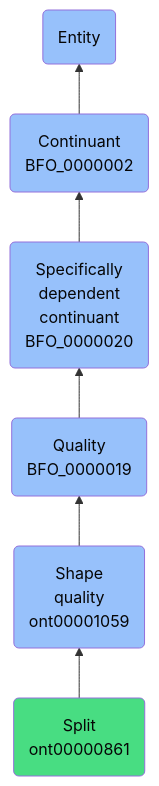
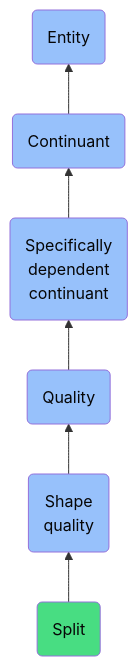
Before and after one commit to jupyter-naas/abi: the diagram in docs/ontology/reference/model/Entity/Continuant/Specifically dependent continuant/Quality/Shape quality/Split/Split.md, drawn with Mermaid. The commit also changed other lines of this file and 1430 other files, not shown here.

````diff
--- a/docs/ontology/reference/model/Entity/Continuant/Specifically dependent continuant/Quality/Shape quality/Split/Split.md
+++ b/docs/ontology/reference/model/Entity/Continuant/Specifically dependent continuant/Quality/Shape quality/Split/Split.md
@@ -24,13 +24,13 @@
 ```mermaid
 graph BT
-    ont00000861(Split<br>ont00000861):::ABI-->ont00001059
-    ont00001059(Shape<br>quality<br>ont00001059):::BFO-->BFO_0000019
-    BFO_0000019(Quality<br>BFO_0000019):::BFO-->BFO_0000020
-    BFO_0000020(Specifically<br>dependent<br>continuant<br>BFO_0000020):::BFO-->BFO_0000002
-    BFO_0000002(Continuant<br>BFO_0000002):::BFO-->BFO_0000001
+    ont00000861(Split):::ABI-->ont00001059
+    ont00001059(Shape<br>quality):::BFO-->BFO_0000019
+    BFO_0000019(Quality):::BFO-->BFO_0000020
+    BFO_0000020(Specifically<br>dependent<br>continuant):::BFO-->BFO_0000002
+    BFO_0000002(Continuant):::BFO-->BFO_0000001
     BFO_0000001(Entity):::BFO
     
     classDef BFO fill:#97c1fb,color:#060606
     classDef CCO fill:#e4c51e,color:#060606
     classDef ABI fill:#48DD82,color:#060606
 ```
````
